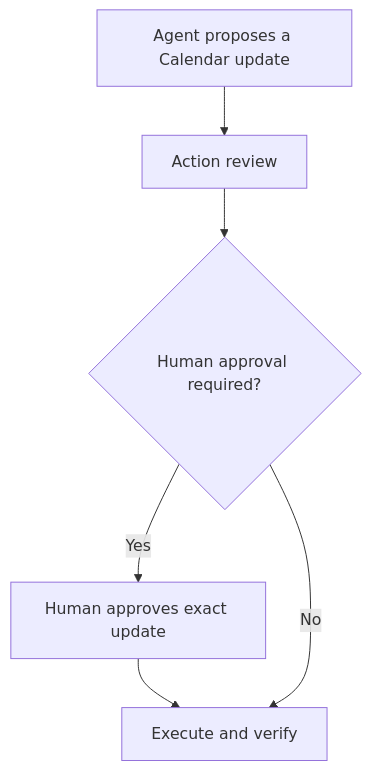
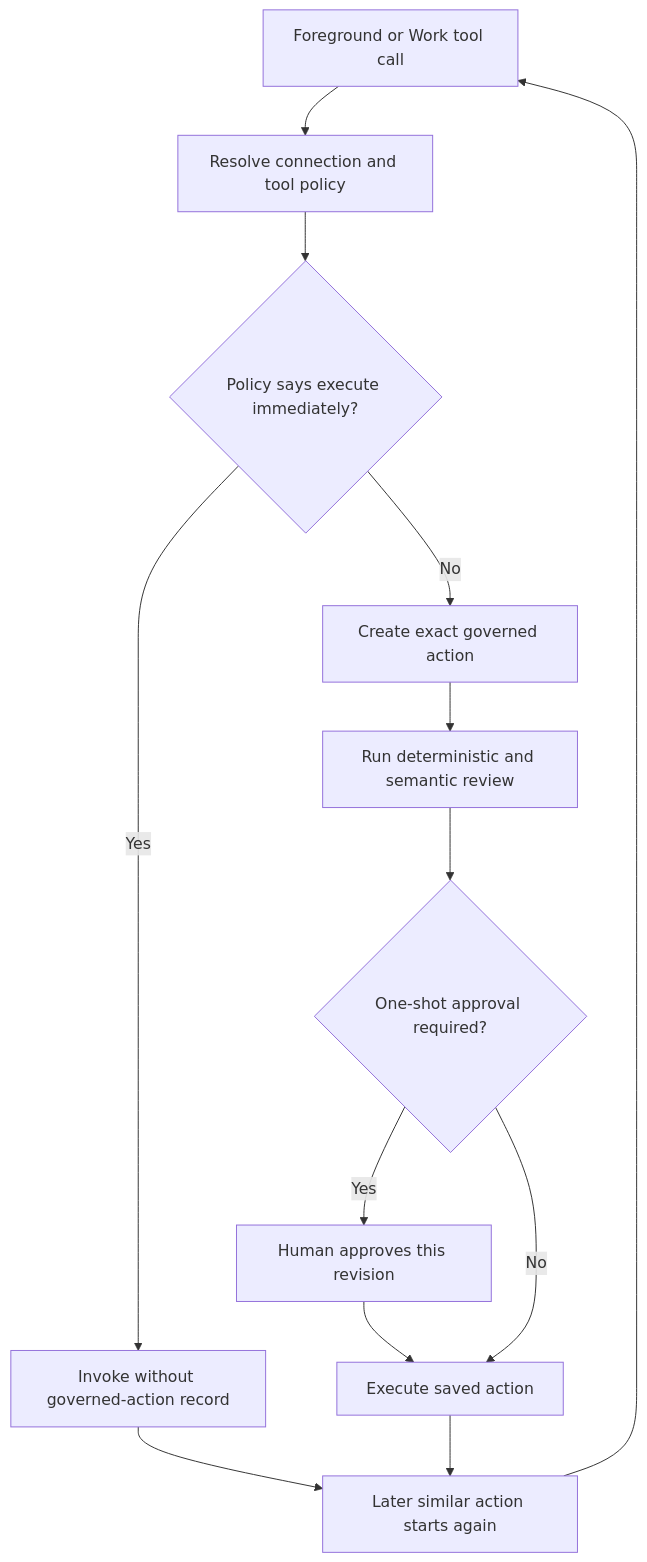
Diagram 22 of 26 in docs/superpowers/plans/2026-08-08-noema-practical-reliability-roadmap.md (kpsuperplane/Noema), drawn with Mermaid before and after one commit. The commit also changed other lines of this file, not shown here.

Commit message:
docs: generalize schema and action authority roadmap

````diff
--- a/docs/superpowers/plans/2026-08-08-noema-practical-reliability-roadmap.md
+++ b/docs/superpowers/plans/2026-08-08-noema-practical-reliability-roadmap.md
@@ -1012,12 +1087,20 @@
 ```mermaid
 flowchart TD
-    A["Agent proposes a Calendar update"]
-    B["Action review"]
-    C{"Human approval required?"}
-    D["Human approves exact update"]
-    E["Execute and verify"]
+    A["Foreground or Work tool call"]
+    B["Resolve connection and tool policy"]
+    C{"Policy says execute immediately?"}
+    D["Invoke without governed-action record"]
+    E["Create exact governed action"]
+    F["Run deterministic and semantic review"]
+    G{"One-shot approval required?"}
+    H["Human approves this revision"]
+    I["Execute saved action"]
+    J["Later similar action starts again"]
 
     A --> B --> C
-    C -->|Yes| D --> E
-    C -->|No| E
+    C -->|Yes| D --> J
+    C -->|No| E --> F --> G
+    G -->|Yes| H --> I
+    G -->|No| I
+    I --> J --> A
 ```
````
